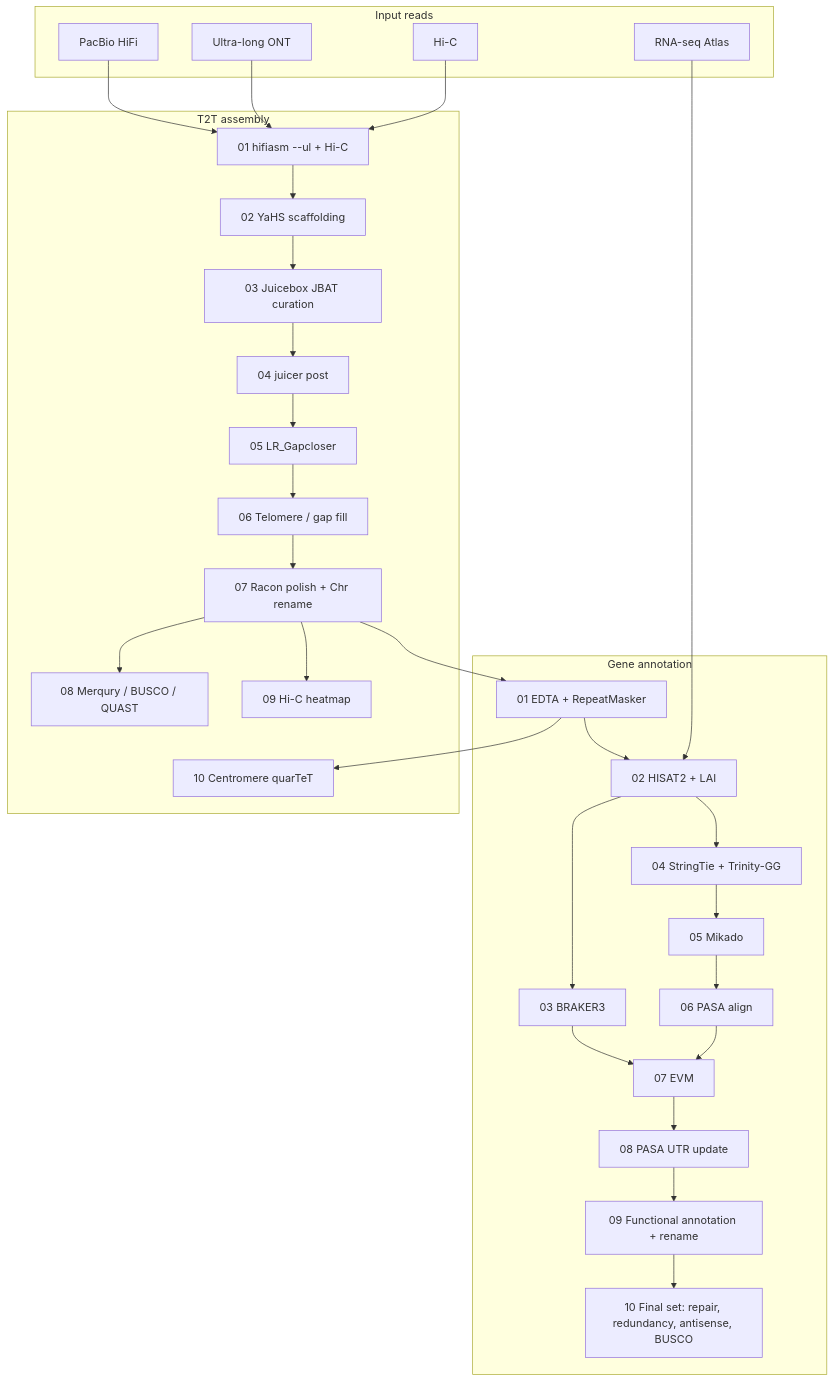
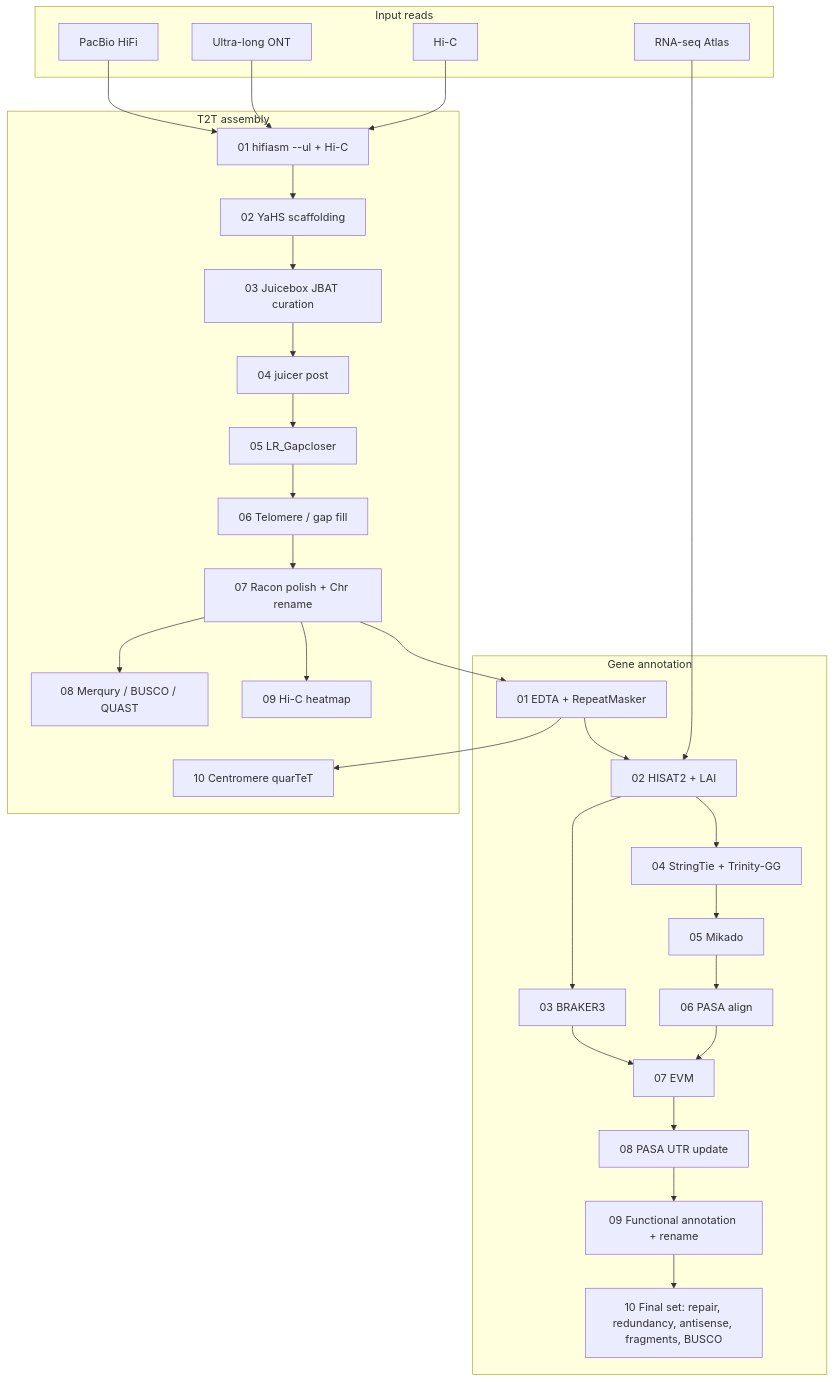
Before and after one commit to sibs-zz/soybean_assembly_annotation: the diagram in README.md, drawn with Mermaid. The commit also changed other lines of this file and 5 other files, not shown here.

````diff
--- a/README.md
+++ b/README.md
@@ -13,47 +13,47 @@
 ```mermaid
 flowchart TD
   subgraph reads["Input reads"]
     HiFi["PacBio HiFi"]
     ONT["Ultra-long ONT"]
     HiC["Hi-C"]
     RNA["RNA-seq Atlas"]
   end
 
   subgraph asm["T2T assembly"]
     A01["01 hifiasm --ul + Hi-C"]
     A02["02 YaHS scaffolding"]
     A03["03 Juicebox JBAT curation"]
     A04["04 juicer post"]
     A05["05 LR_Gapcloser"]
     A06["06 Telomere / gap fill"]
     A07["07 Racon polish + Chr rename"]
     A08["08 Merqury / BUSCO / QUAST"]
     A09["09 Hi-C heatmap"]
     A10["10 Centromere quarTeT"]
   end
 
   subgraph ann["Gene annotation"]
     N01["01 EDTA + RepeatMasker"]
     N02["02 HISAT2 + LAI"]
     N03["03 BRAKER3"]
     N04["04 StringTie + Trinity-GG"]
     N05["05 Mikado"]
     N06["06 PASA align"]
     N07["07 EVM"]
     N08["08 PASA UTR update"]
     N09["09 Functional annotation + rename"]
-    N10["10 Final set: repair, redundancy, antisense, BUSCO"]
+    N10["10 Final set: repair, redundancy, antisense, fragments, BUSCO"]
   end
 
   HiFi --> A01
   ONT --> A01
   HiC --> A01
   A01 --> A02 --> A03 --> A04 --> A05 --> A06 --> A07
   A07 --> A08
   A07 --> A09
   N01 --> A10
   A07 --> N01 --> N02 --> N03
   RNA --> N02
   N02 --> N04 --> N05 --> N06 --> N07 --> N08 --> N09 --> N10
   N03 --> N07
 ```
````
